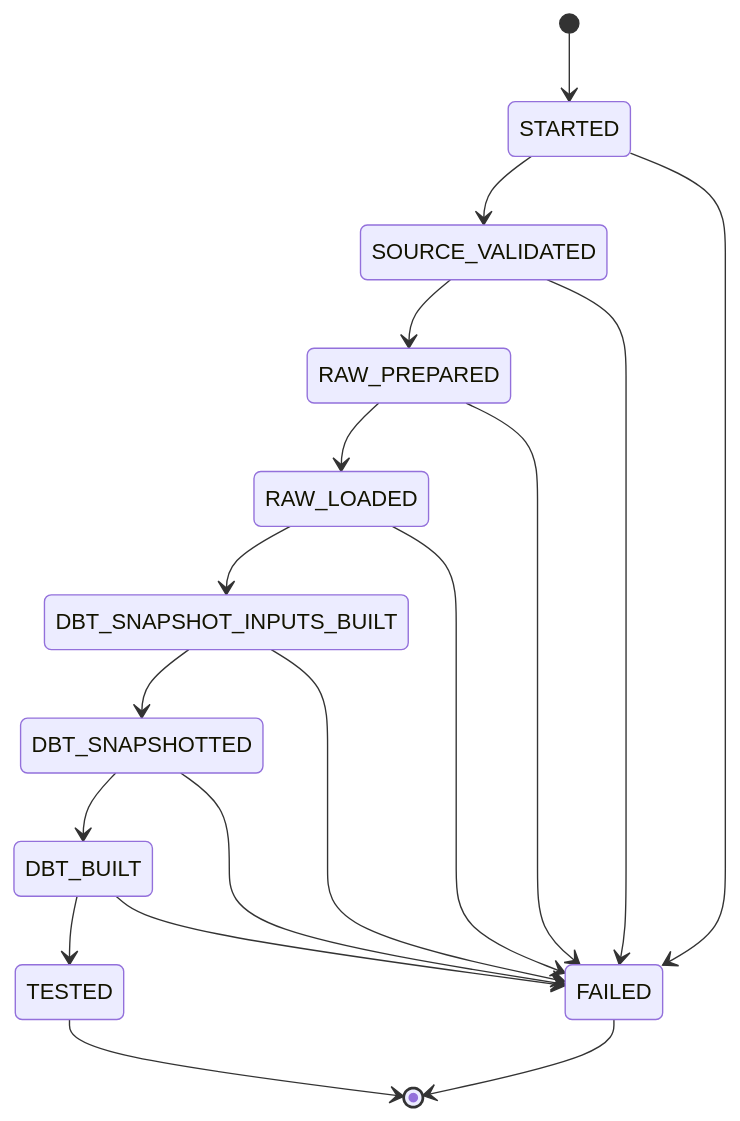
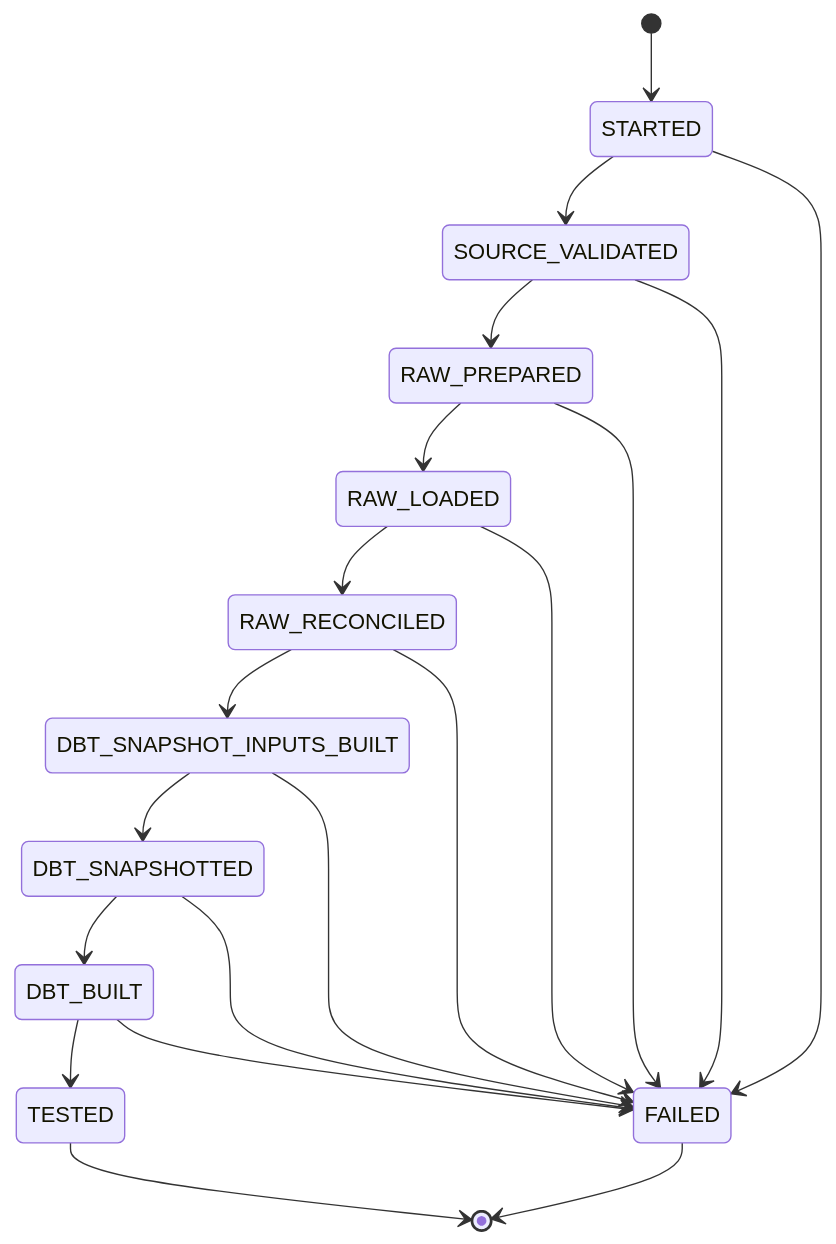
Before and after one commit to eugenekarpov/olist-analytics-engineering-pipeline: the fourth of 6 diagrams in docs/diagrams.md, drawn with Mermaid. The commit also changed other lines of this file and 15 other files, not shown here.

````diff
--- a/docs/diagrams.md
+++ b/docs/diagrams.md
@@ -108,20 +112,22 @@
 ```mermaid
 stateDiagram-v2
     [*] --> STARTED
     STARTED --> SOURCE_VALIDATED
     SOURCE_VALIDATED --> RAW_PREPARED
     RAW_PREPARED --> RAW_LOADED
-    RAW_LOADED --> DBT_SNAPSHOT_INPUTS_BUILT
+    RAW_LOADED --> RAW_RECONCILED
+    RAW_RECONCILED --> DBT_SNAPSHOT_INPUTS_BUILT
     DBT_SNAPSHOT_INPUTS_BUILT --> DBT_SNAPSHOTTED
     DBT_SNAPSHOTTED --> DBT_BUILT
     DBT_BUILT --> TESTED
     STARTED --> FAILED
     SOURCE_VALIDATED --> FAILED
     RAW_PREPARED --> FAILED
     RAW_LOADED --> FAILED
+    RAW_RECONCILED --> FAILED
     DBT_SNAPSHOT_INPUTS_BUILT --> FAILED
     DBT_SNAPSHOTTED --> FAILED
     DBT_BUILT --> FAILED
     TESTED --> [*]
     FAILED --> [*]
 ```
````
